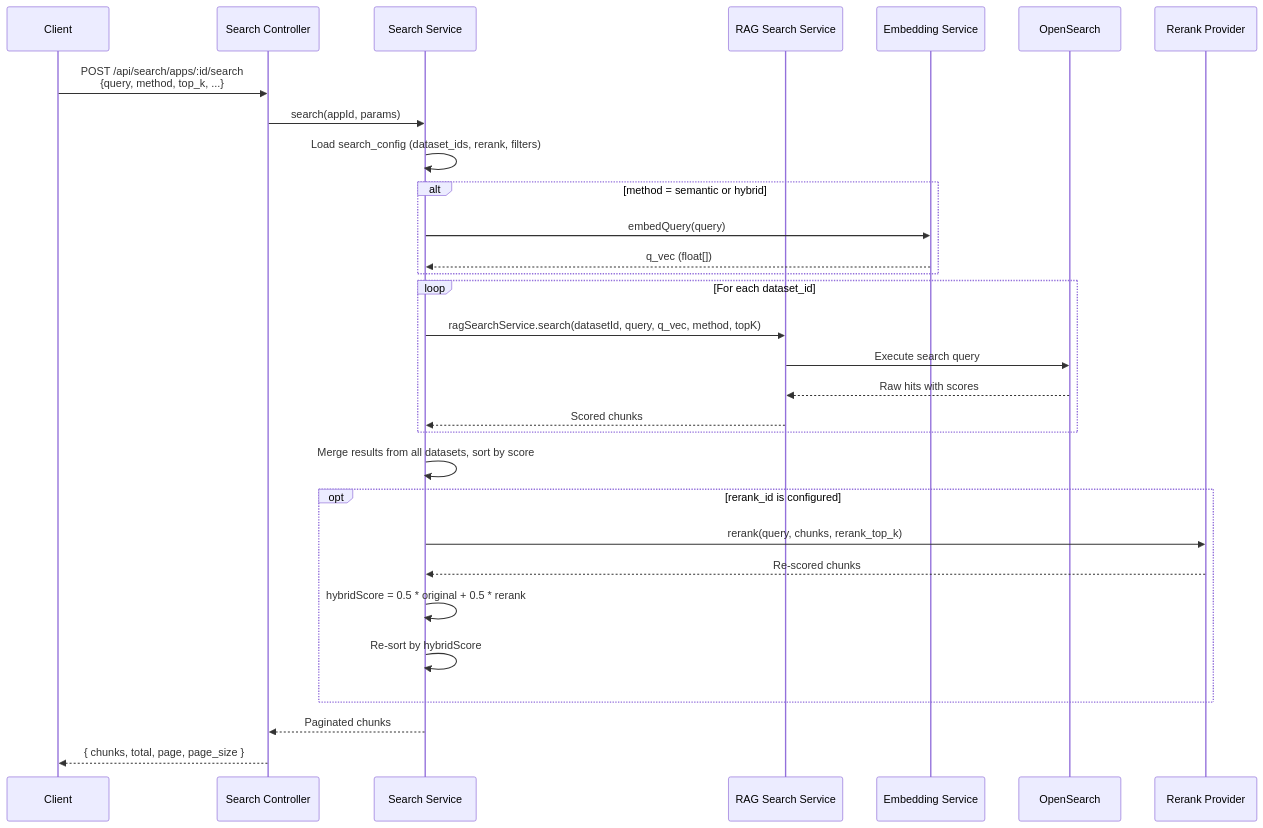
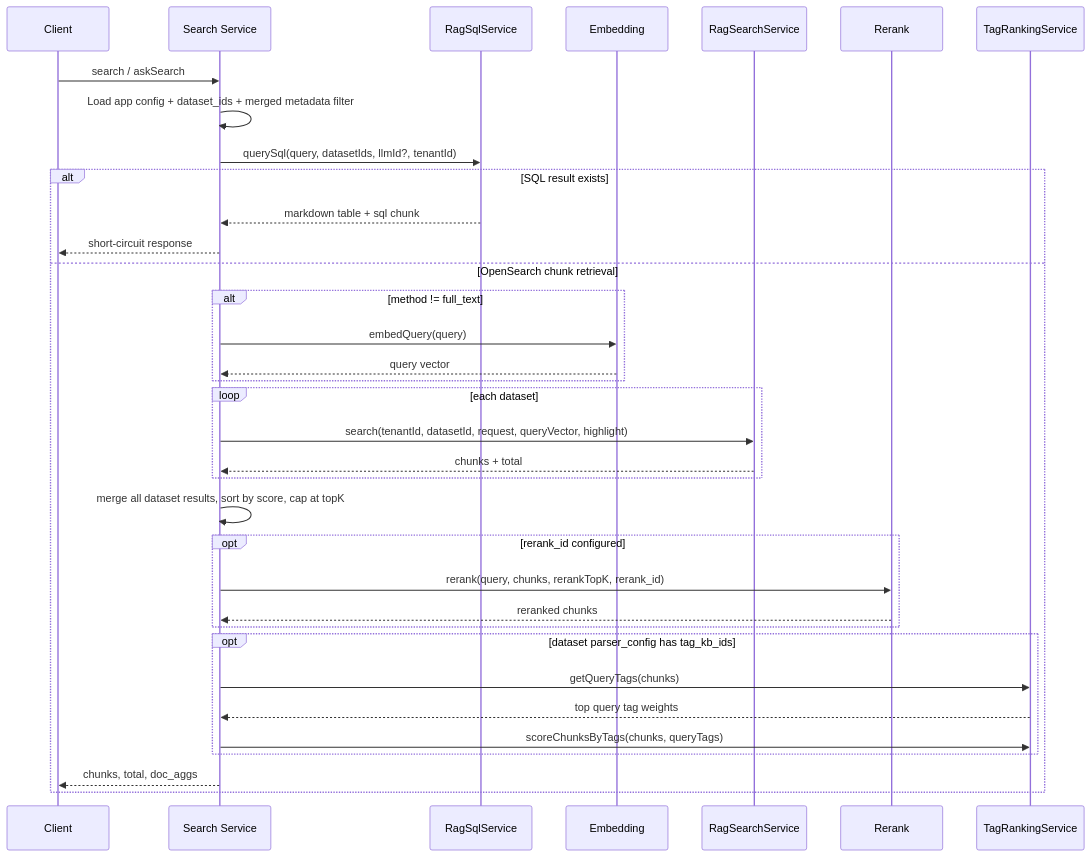
One commit to b-knowledge-solution/b-knowledge changed the diagram in docs/detail-design/search/retrieval-detail.md. Above: the diagram before and after it, drawn with Mermaid. The commit also changed other lines of this file and 83 other files, not shown here.

````diff
--- a/docs/detail-design/search/retrieval-detail.md
+++ b/docs/detail-design/search/retrieval-detail.md
@@ -9,38 +23,44 @@
 ```mermaid
 sequenceDiagram
     participant Client
-    participant Ctrl as Search Controller
     participant Svc as Search Service
-    participant RAG as RAG Search Service
-    participant EMB as Embedding Service
-    participant OS as OpenSearch
-    participant RR as Rerank Provider
+    participant SQL as RagSqlService
+    participant EMB as Embedding
+    participant RAG as RagSearchService
+    participant RR as Rerank
+    participant TAG as TagRankingService
 
-    Client->>Ctrl: POST /api/search/apps/:id/search<br/>{query, method, top_k, ...}
-    Ctrl->>Svc: search(appId, params)
-    Svc->>Svc: Load search_config (dataset_ids, rerank, filters)
+    Client->>Svc: search / askSearch
+    Svc->>Svc: Load app config + dataset_ids + merged metadata filter
+    Svc->>SQL: querySql(query, datasetIds, llmId?, tenantId)
 
-    alt method = semantic or hybrid
-        Svc->>EMB: embedQuery(query)
-        EMB-->>Svc: q_vec (float[])
+    alt SQL result exists
+        SQL-->>Svc: markdown table + sql chunk
+        Svc-->>Client: short-circuit response
+    else OpenSearch chunk retrieval
+        alt method != full_text
+            Svc->>EMB: embedQuery(query)
+            EMB-->>Svc: query vector
+        end
+
+        loop each dataset
+            Svc->>RAG: search(tenantId, datasetId, request, queryVector, highlight)
+            RAG-->>Svc: chunks + total
+        end
+
+        Svc->>Svc: merge all dataset results, sort by score, cap at topK
+
+        opt rerank_id configured
+            Svc->>RR: rerank(query, chunks, rerankTopK, rerank_id)
+            RR-->>Svc: reranked chunks
+        end
+
+        opt dataset parser_config has tag_kb_ids
+            Svc->>TAG: getQueryTags(chunks)
+            TAG-->>Svc: top query tag weights
+            Svc->>TAG: scoreChunksByTags(chunks, queryTags)
+        end
+
+        Svc-->>Client: chunks, total, doc_aggs
     end
-
-    loop For each dataset_id
-        Svc->>RAG: ragSearchService.search(datasetId, query, q_vec, method, topK)
-        RAG->>OS: Execute search query
-        OS-->>RAG: Raw hits with scores
-        RAG-->>Svc: Scored chunks
-    end
-
-    Svc->>Svc: Merge results from all datasets, sort by score
-
-    opt rerank_id is configured
-        Svc->>RR: rerank(query, chunks, rerank_top_k)
-        RR-->>Svc: Re-scored chunks
-        Svc->>Svc: hybridScore = 0.5 * original + 0.5 * rerank
-        Svc->>Svc: Re-sort by hybridScore
-    end
-
-    Svc-->>Ctrl: Paginated chunks
-    Ctrl-->>Client: { chunks, total, page, page_size }
 ```
````
